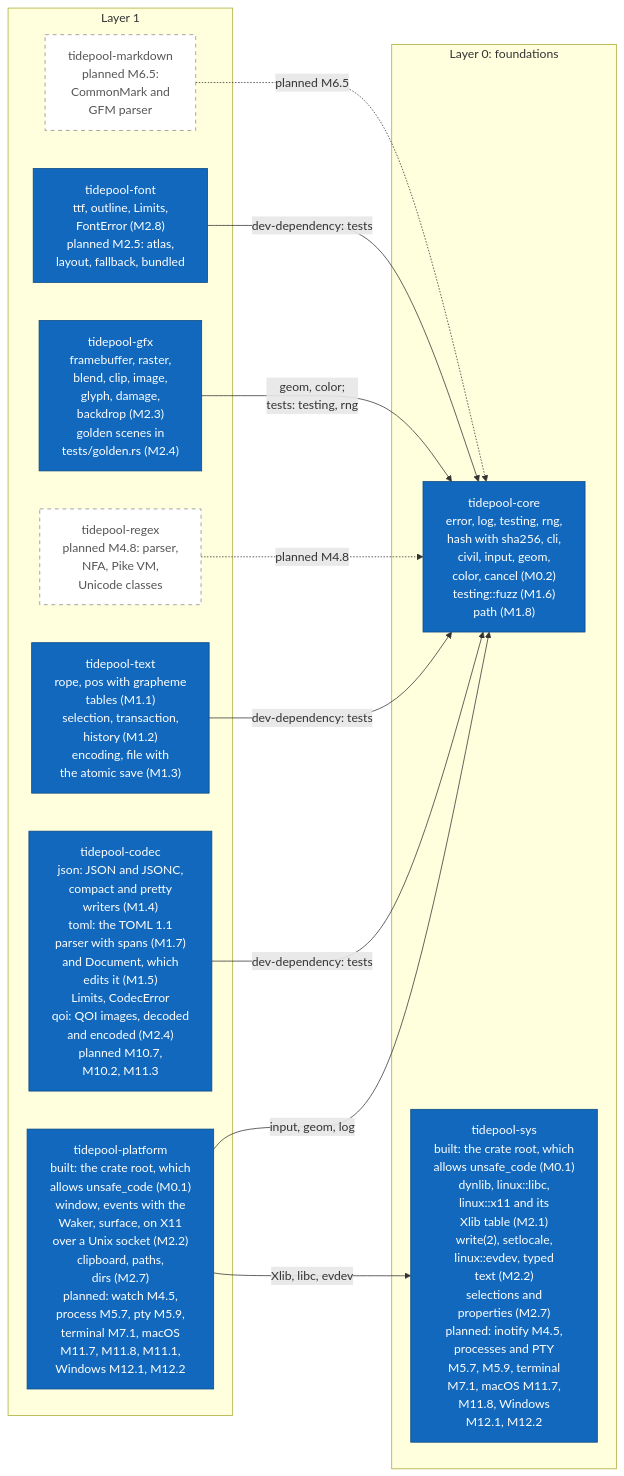
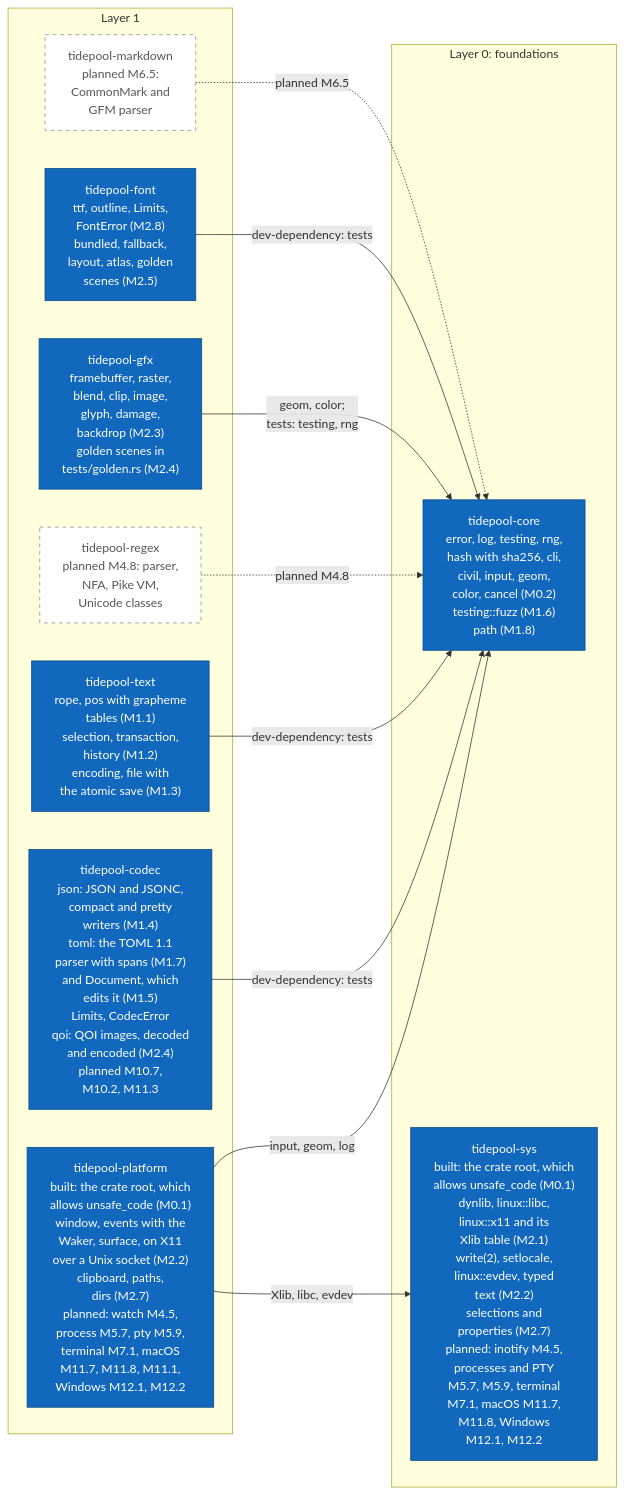
The sixth of 17 diagrams in diagrams/c4-architecture.md (jabbott-iii/Tidepool), drawn with Mermaid before and after one commit. The commit also changed other lines of this file and 33 other files, not shown here.

First line of the commit message:
font: atlas, layout, fallback, bundled faces and glyph goldens (M2.5)

````diff
--- a/diagrams/c4-architecture.md
+++ b/diagrams/c4-architecture.md
@@ -306,30 +307,30 @@
 ```mermaid
 flowchart LR
     subgraph L1["Layer 1"]
         k_platform["tidepool-platform<br/>built: the crate root, which<br/>allows unsafe_code (M0.1)<br/>window, events with the<br/>Waker, surface, on X11<br/>over a Unix socket (M2.2)<br/>clipboard, paths,<br/>dirs (M2.7)<br/>planned: watch M4.5,<br/>process M5.7, pty M5.9,<br/>terminal M7.1, macOS<br/>M11.7, M11.8, M11.1,<br/>Windows M12.1, M12.2"]
         k_codec["tidepool-codec<br/>json: JSON and JSONC,<br/>compact and pretty<br/>writers (M1.4)<br/>toml: the TOML 1.1<br/>parser with spans (M1.7)<br/>and Document, which<br/>edits it (M1.5)<br/>Limits, CodecError<br/>qoi: QOI images, decoded<br/>and encoded (M2.4)<br/>planned M10.7,<br/>M10.2, M11.3"]
         k_text["tidepool-text<br/>rope, pos with grapheme<br/>tables (M1.1)<br/>selection, transaction,<br/>history (M1.2)<br/>encoding, file with<br/>the atomic save (M1.3)"]
         k_regex["tidepool-regex<br/>planned M4.8: parser,<br/>NFA, Pike VM,<br/>Unicode classes"]
         k_gfx["tidepool-gfx<br/>framebuffer, raster,<br/>blend, clip, image,<br/>glyph, damage,<br/>backdrop (M2.3)<br/>golden scenes in<br/>tests/golden.rs (M2.4)"]
-        k_font["tidepool-font<br/>ttf, outline, Limits,<br/>FontError (M2.8)<br/>planned M2.5: atlas,<br/>layout, fallback, bundled"]
+        k_font["tidepool-font<br/>ttf, outline, Limits,<br/>FontError (M2.8)<br/>bundled, fallback,<br/>layout, atlas, golden<br/>scenes (M2.5)"]
         k_markdown["tidepool-markdown<br/>planned M6.5:<br/>CommonMark and<br/>GFM parser"]
     end
     subgraph L0["Layer 0: foundations"]
         k_core["tidepool-core<br/>error, log, testing, rng,<br/>hash with sha256, cli,<br/>civil, input, geom,<br/>color, cancel (M0.2)<br/>testing::fuzz (M1.6)<br/>path (M1.8)"]
         k_sys["tidepool-sys<br/>built: the crate root, which<br/>allows unsafe_code (M0.1)<br/>dynlib, linux::libc,<br/>linux::x11 and its<br/>Xlib table (M2.1)<br/>write(2), setlocale,<br/>linux::evdev, typed<br/>text (M2.2)<br/>selections and<br/>properties (M2.7)<br/>planned: inotify M4.5,<br/>processes and PTY<br/>M5.7, M5.9, terminal<br/>M7.1, macOS M11.7,<br/>M11.8, Windows<br/>M12.1, M12.2"]
     end
 
     k_platform -->|"input, geom, log"| k_core
     k_platform -->|"Xlib, libc, evdev"| k_sys
     k_codec -->|"dev-dependency: tests"| k_core
     k_text -->|"dev-dependency: tests"| k_core
     k_regex -.->|"planned M4.8"| k_core
     k_gfx -->|"geom, color;<br/>tests: testing, rng"| k_core
     k_font -->|"dev-dependency: tests"| k_core
     k_markdown -.->|"planned M6.5"| k_core
 
     classDef built fill:#1168bd,stroke:#0b4884,color:#ffffff
     classDef planned fill:#ffffff,stroke:#888888,stroke-dasharray: 5 5,color:#555555
     class k_platform,k_codec,k_text,k_gfx,k_font,k_core,k_sys built
     class k_regex,k_markdown planned
 ```
````
